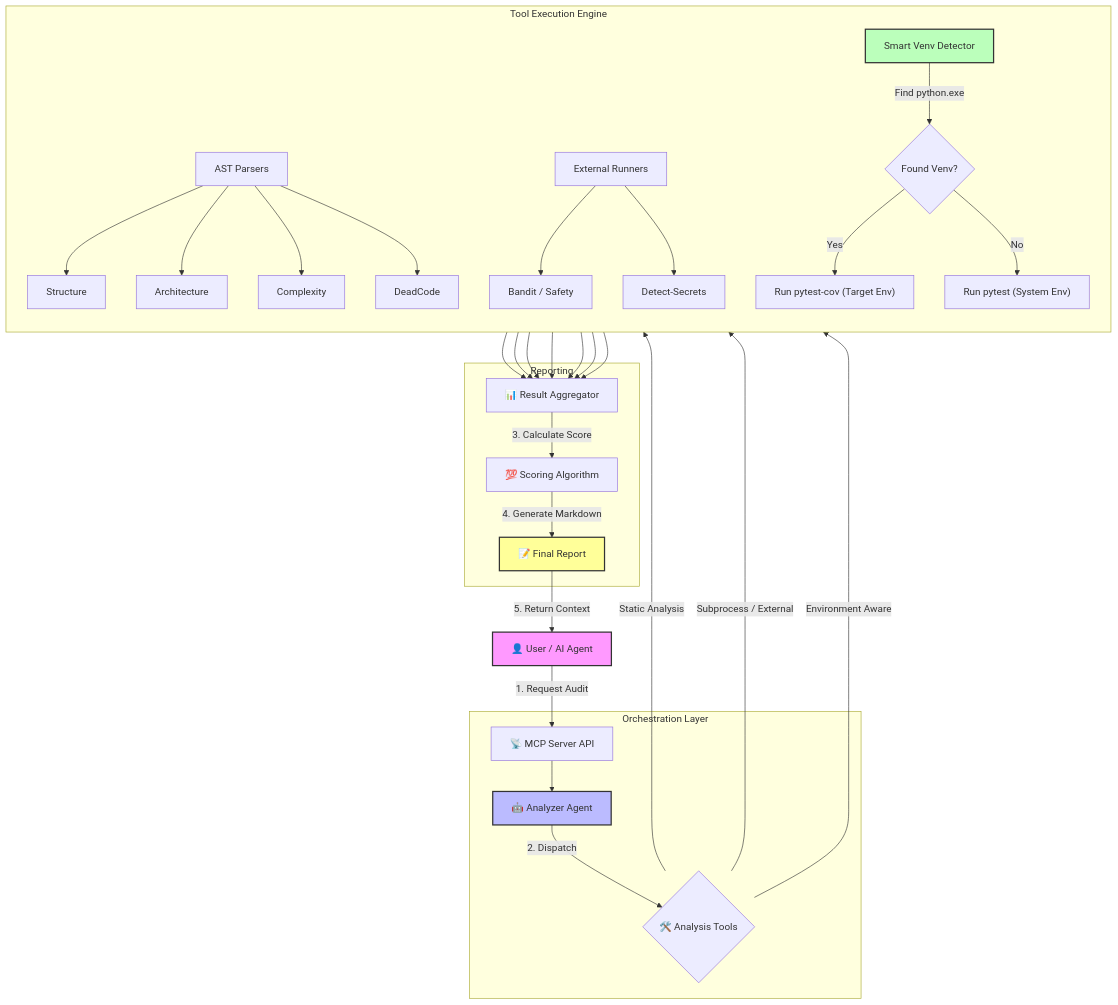
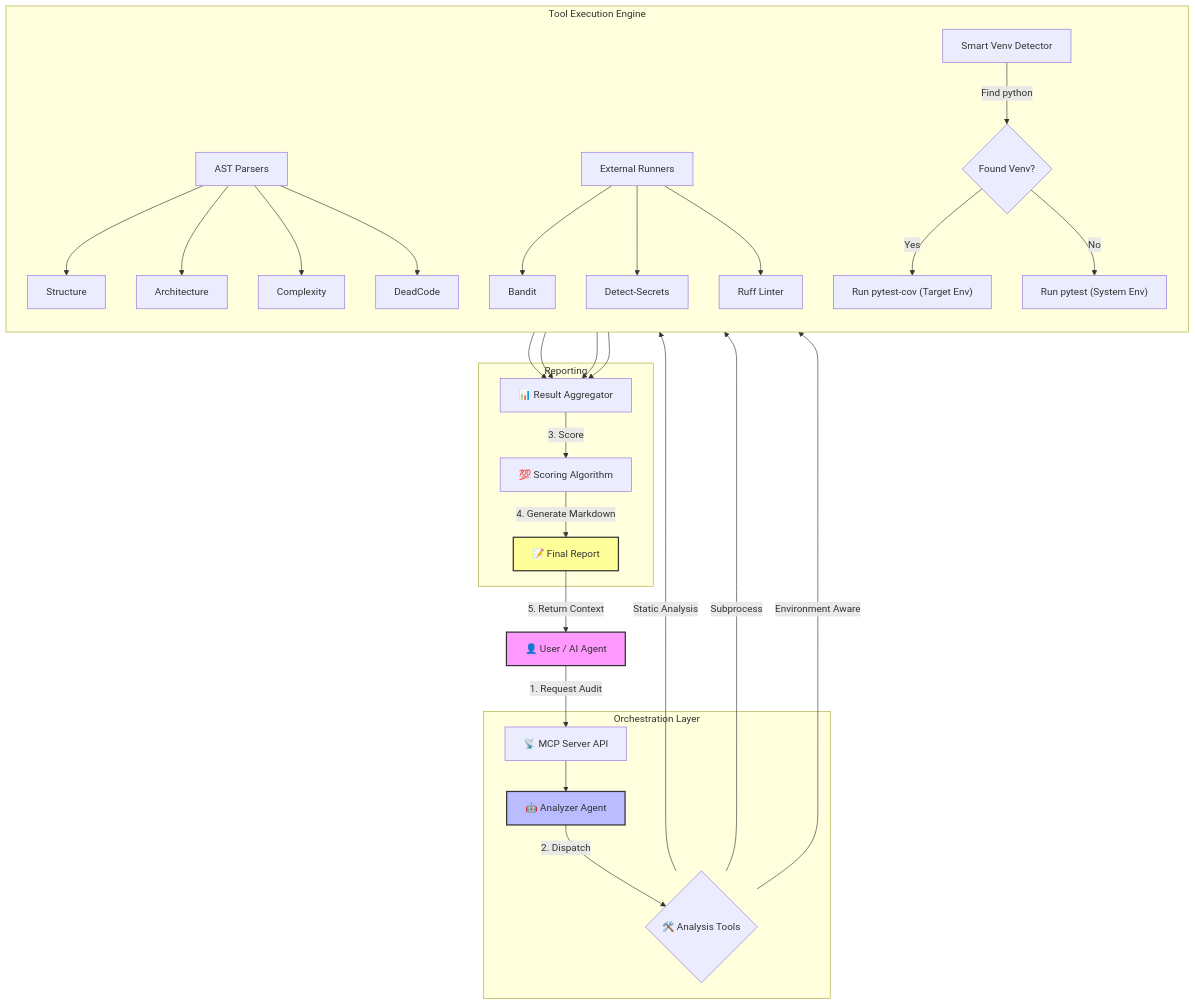
Before and after one commit to Amitro123/mcp-python-auditor: the diagram in README.md, drawn with Mermaid. The commit also changed other lines of this file and 25 other files, not shown here.

````diff
--- a/README.md
+++ b/README.md
@@ -50,40 +43,40 @@
 ```mermaid
 graph TD
     User["👤 User / AI Agent"] -->|1. Request Audit| API["📡 MCP Server API"]
     
     subgraph "Orchestration Layer"
         API --> Agent["🤖 Analyzer Agent"]
         Agent -->|2. Dispatch| Tools
     end
     
     subgraph "Tool Execution Engine"
         direction TB
         Tools{"🛠️ Analysis Tools"}
         
         Tools -->|Static Analysis| AST["AST Parsers"]
         AST --> Structure & Architecture
         AST --> Complexity & DeadCode
         
-        Tools -->|Subprocess / External| Ext["External Runners"]
-        Ext --> Security["Bandit / Safety"]
+        Tools -->|Subprocess| Ext["External Runners"]
+        Ext --> Security["Bandit"]
         Ext --> Secrets["Detect-Secrets"]
+        Ext --> Ruff["Ruff Linter"]
         
         Tools -->|Environment Aware| Env["Smart Venv Detector"]
-        Env -->|Find python.exe| Venv{"Found Venv?"}
+        Env -->|Find python| Venv{"Found Venv?"}
         Venv -->|Yes| PyTest["Run pytest-cov (Target Env)"]
         Venv -->|No| SysTest["Run pytest (System Env)"]
     end
     
     subgraph "Reporting"
-        Structure & Architecture & Complexity & DeadCode & Security & Secrets & PyTest --> Agg["📊 Result Aggregator"]
-        Agg -->|3. Calculate Score| Score["💯 Scoring Algorithm"]
+        Structure & Architecture & Complexity & DeadCode --> Agg["📊 Result Aggregator"]
+        Agg -->|3. Score| Score["💯 Scoring Algorithm"]
         Score -->|4. Generate Markdown| MD["📝 Final Report"]
     end
     
     MD -->|5. Return Context| User
     
     style User fill:#f9f,stroke:#333,stroke-width:2px
     style Agent fill:#bbf,stroke:#333,stroke-width:2px
-    style Env fill:#bfb,stroke:#333,stroke-width:2px
     style MD fill:#ff9,stroke:#333,stroke-width:2px
 ```
````
